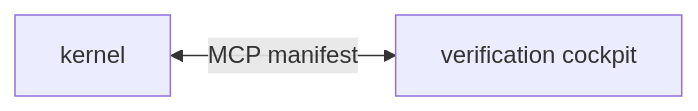
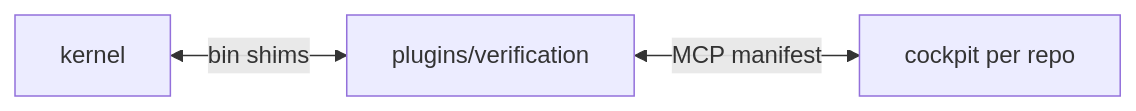
Before and after one commit to p10ns11y/shellyxz.sh: the diagram in arch-design/coming-next.md, drawn with Mermaid. The commit also changed other lines of this file and 52 other files, not shown here.

First line of the commit message:
Add SN-4a verification plugin split with stable bin shims.

````diff
--- a/arch-design/coming-next.md
+++ b/arch-design/coming-next.md
@@ -22,4 +32,5 @@
 ```mermaid
 flowchart LR
-  K[kernel] <-->|MCP manifest| C[verification cockpit]
+  K[kernel] <-->|bin shims| P[plugins/verification]
+  P <-->|MCP manifest| C[cockpit per repo]
 ```
````
